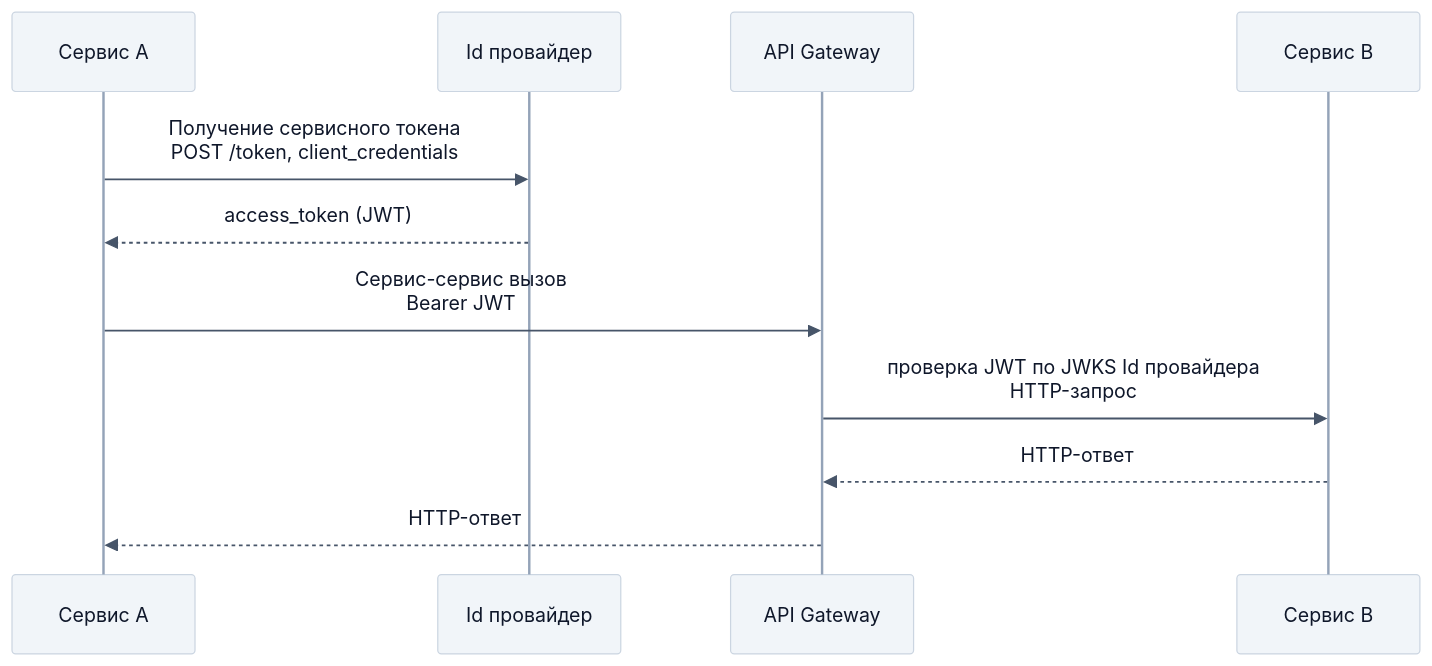
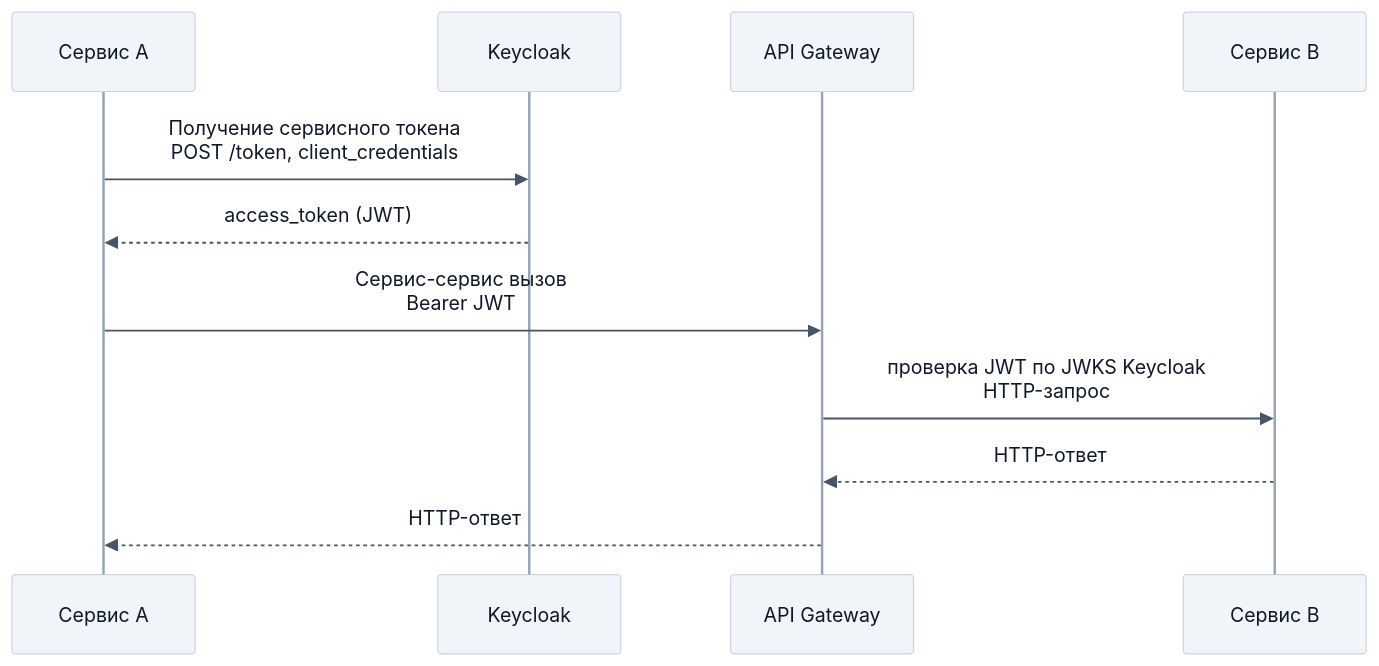
The sixth of 19 diagrams in Farmadoc_documentation/1.Пояснительная записка к техническому проекту.md (Trump68/infra), drawn with Mermaid before and after one commit. The commit also changed other lines of this file, not shown here.

````diff
--- a/Farmadoc_documentation/1.Пояснительная записка к техническому проекту.md
+++ b/Farmadoc_documentation/1.Пояснительная записка к техническому проекту.md
@@ -855,16 +851,16 @@
 ```mermaid
 %%{init: {"theme": "base", "themeVariables": {"darkMode": false, "background": "#ffffff", "primaryColor": "#f1f5f9", "primaryTextColor": "#0f172a", "primaryBorderColor": "#cbd5e1", "secondaryColor": "#e2e8f0", "secondaryTextColor": "#0f172a", "secondaryBorderColor": "#cbd5e1", "tertiaryColor": "#ffffff", "tertiaryTextColor": "#0f172a", "tertiaryBorderColor": "#e2e8f0", "mainBkg": "#f8fafc", "textColor": "#0f172a", "lineColor": "#64748b", "noteBkgColor": "#eef2f7", "noteTextColor": "#0f172a", "noteBorderColor": "#eef2f7", "actorBkg": "#f1f5f9", "actorTextColor": "#0f172a", "actorBorder": "#cbd5e1", "actorLineColor": "#94a3b8", "signalColor": "#475569", "signalTextColor": "#0f172a", "labelBoxBkgColor": "transparent", "labelBoxBorderColor": "transparent", "labelTextColor": "#0f172a", "loopTextColor": "#0f172a", "activationBkgColor": "#eef2f7", "activationBorderColor": "#94a3b8", "sequenceNumberColor": "#475569", "edgeLabelBackground": "transparent"}, "sequence": {"actorMargin": 90, "messageMargin": 56, "noteMargin": 18, "boxMargin": 12}}}%%
 sequenceDiagram
   participant SvcA as Сервис A
-  participant IdP as Id провайдер
+  participant IdP as Keycloak
   participant Gateway as API Gateway
   participant SvcB as Сервис B
 
   SvcA->>IdP: Получение сервисного токена<br/>POST /token, client_credentials
   IdP-->>SvcA: access_token (JWT)
 
   SvcA->>Gateway: Сервис-сервис вызов<br/>Bearer JWT
-  Gateway->>SvcB: проверка JWT по JWKS Id провайдера<br/>HTTP-запрос
+  Gateway->>SvcB: проверка JWT по JWKS Keycloak<br/>HTTP-запрос
   SvcB-->>Gateway: HTTP-ответ
   Gateway-->>SvcA: HTTP-ответ
 ```
````
